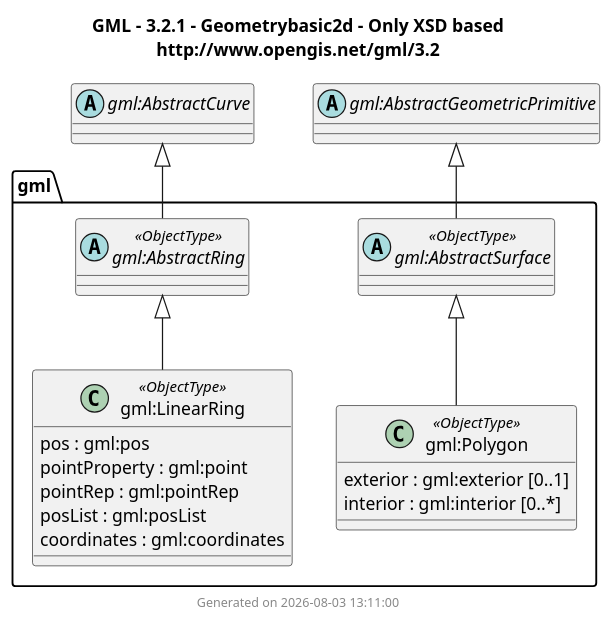
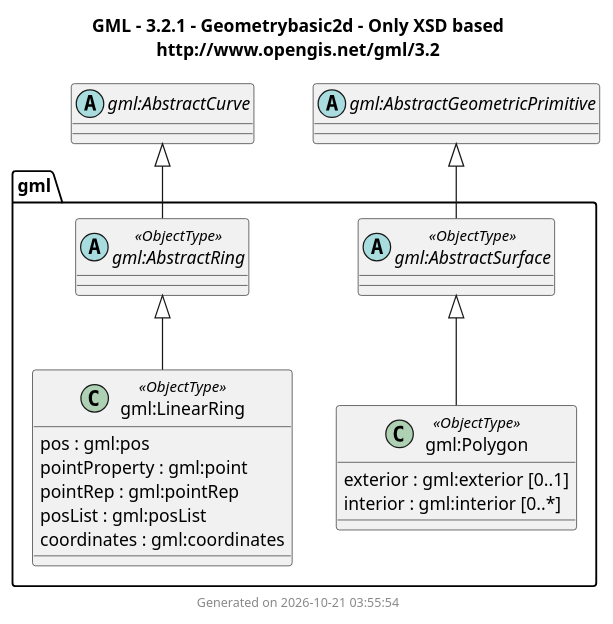
The diagram in docs/output/GML/3.2.1/UMLClassDiagram/geometrybasic2d.puml (muratkendir/every-class), drawn with PlantUML before and after one commit. The commit also changed 37 other files, not shown here.

Commit message:
cross-compilation diagram generation added.

```diff
--- a/docs/output/GML/3.2.1/UMLClassDiagram/geometrybasic2d.puml
+++ b/docs/output/GML/3.2.1/UMLClassDiagram/geometrybasic2d.puml
@@ -1,49 +1,49 @@
 @startuml
 title
   GML - 3.2.1 - Geometrybasic2d - Only XSD based
   http://www.opengis.net/gml/3.2
 end title
 
 package gml {
-abstract class "gml:AbstractSurface" <<ObjectType>>
-class "gml:SurfaceProperty" $property {
+abstract class "gml:AbstractSurface" as gml_AbstractSurface <<ObjectType>>
+class "gml:SurfaceProperty" as gml_SurfaceProperty $property {
   AbstractSurface : gml:AbstractSurface
 }
-class "gml:SurfaceArrayProperty" $property {
+class "gml:SurfaceArrayProperty" as gml_SurfaceArrayProperty $property {
   AbstractSurface : gml:AbstractSurface
 }
-class "gml:Polygon" <<ObjectType>> {
+class "gml:Polygon" as gml_Polygon <<ObjectType>> {
   exterior : gml:exterior [0..1]
   interior : gml:interior [0..*]
 }
-abstract class "gml:AbstractRing" <<ObjectType>>
-class "gml:AbstractRingProperty" $property {
+abstract class "gml:AbstractRing" as gml_AbstractRing <<ObjectType>>
+class "gml:AbstractRingProperty" as gml_AbstractRingProperty $property {
   AbstractRing : gml:AbstractRing
 }
-class "gml:LinearRing" <<ObjectType>> {
+class "gml:LinearRing" as gml_LinearRing <<ObjectType>> {
   pos : gml:pos
   pointProperty : gml:point
   pointRep : gml:pointRep
   posList : gml:posList
   coordinates : gml:coordinates
 }
-class "gml:LinearRingProperty" $property {
+class "gml:LinearRingProperty" as gml_LinearRingProperty $property {
   LinearRing : gml:LinearRing
 }
 }
 
 ' External types (unresolved namespaces)
-abstract class "gml:AbstractCurve"
-abstract class "gml:AbstractGeometricPrimitive"
+abstract class "gml:AbstractCurve" as gml_AbstractCurve
+abstract class "gml:AbstractGeometricPrimitive" as gml_AbstractGeometricPrimitive
 
-"gml:AbstractGeometricPrimitive" <|-- "gml:AbstractSurface"
-"gml:AbstractSurface" <|-- "gml:Polygon"
-"gml:AbstractCurve" <|-- "gml:AbstractRing"
-"gml:AbstractRing" <|-- "gml:LinearRing"
+"gml_AbstractGeometricPrimitive" <|-- "gml_AbstractSurface"
+"gml_AbstractSurface" <|-- "gml_Polygon"
+"gml_AbstractCurve" <|-- "gml_AbstractRing"
+"gml_AbstractRing" <|-- "gml_LinearRing"
 
 ' Property pseudo-classes are removed from rendering by default;
 ' remove the next line to show them.
 remove $property
 
-footer Generated on 2026-08-03 13:11:00
+footer Generated on 2026-10-21 03:55:54
 @enduml
```
